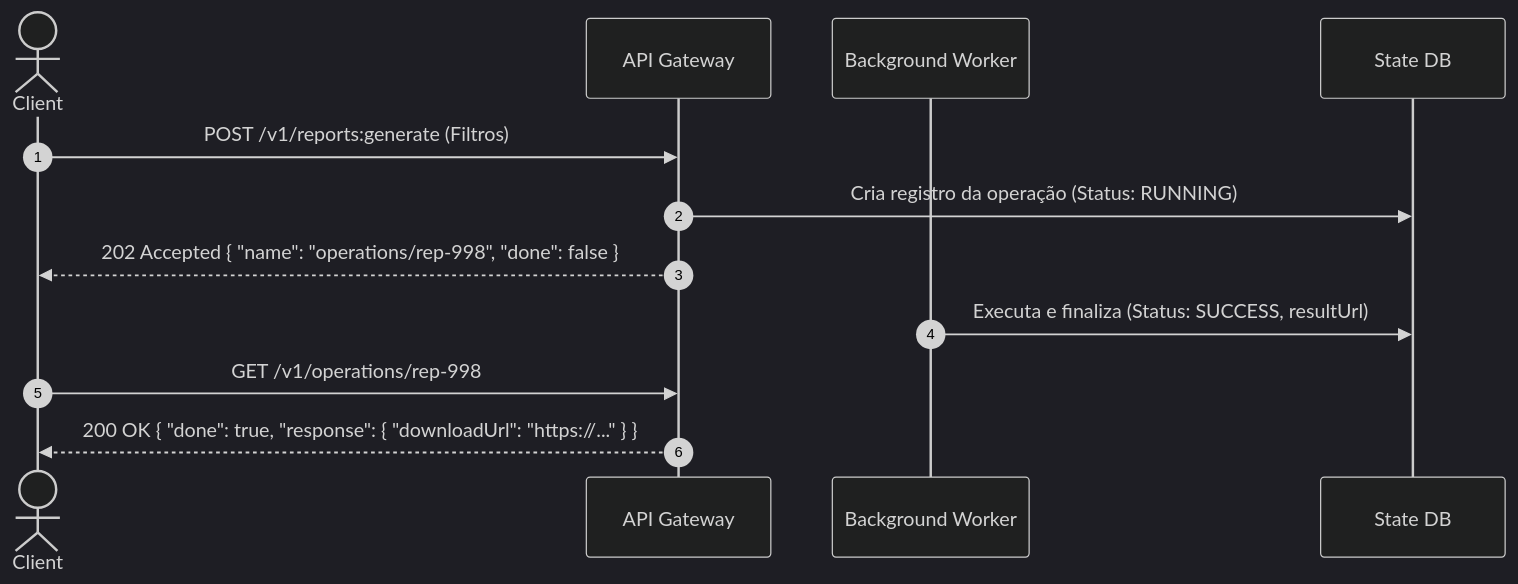
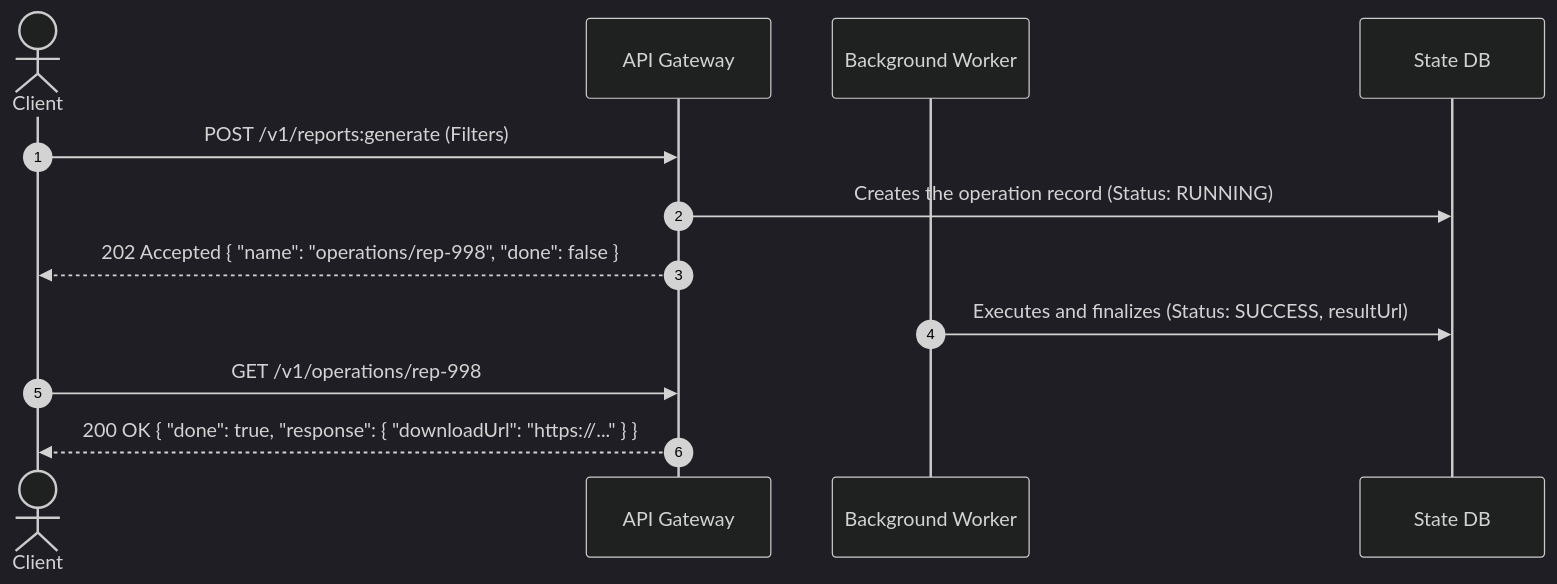
One commit to dandgabr/Coacus changed the diagram in knowledge/skills/frameworks/framework-rest-api/SKILL.md. Above: the diagram before and after it, drawn with Mermaid (dark theme). The commit also changed other lines of this file and 143 other files, not shown here.

````diff
--- a/knowledge/skills/frameworks/framework-rest-api/SKILL.md
+++ b/knowledge/skills/frameworks/framework-rest-api/SKILL.md
@@ -75,17 +75,17 @@
 ```mermaid
 sequenceDiagram
     autonumber
     actor Client
     participant API as API Gateway
     participant Worker as Background Worker
     participant State as State DB
 
-    Client->>API: POST /v1/reports:generate (Filtros)
-    API->>State: Cria registro da operação (Status: RUNNING)
+    Client->>API: POST /v1/reports:generate (Filters)
+    API->>State: Creates the operation record (Status: RUNNING)
     API-->>Client: 202 Accepted { "name": "operations/rep-998", "done": false }
     
-    Worker->>State: Executa e finaliza (Status: SUCCESS, resultUrl)
+    Worker->>State: Executes and finalizes (Status: SUCCESS, resultUrl)
     
     Client->>API: GET /v1/operations/rep-998
     API-->>Client: 200 OK { "done": true, "response": { "downloadUrl": "https://..." } }
 ```
````
